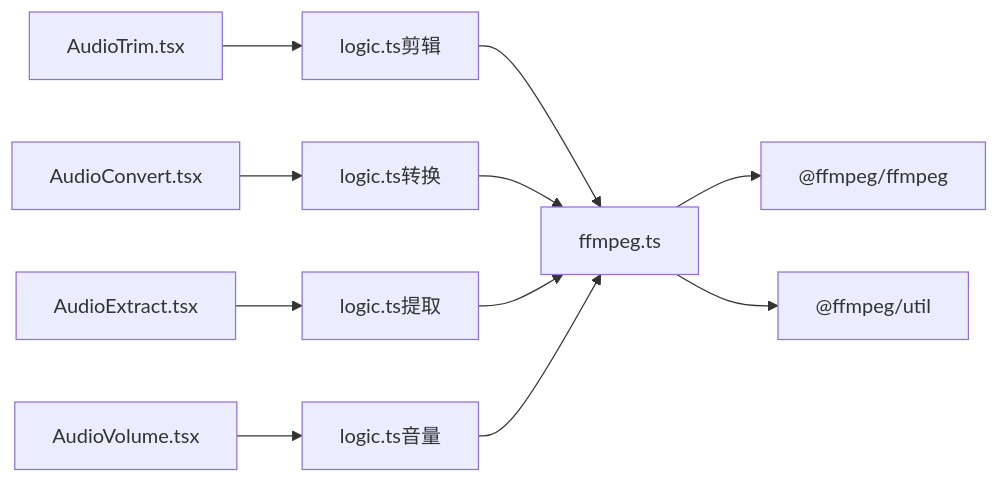
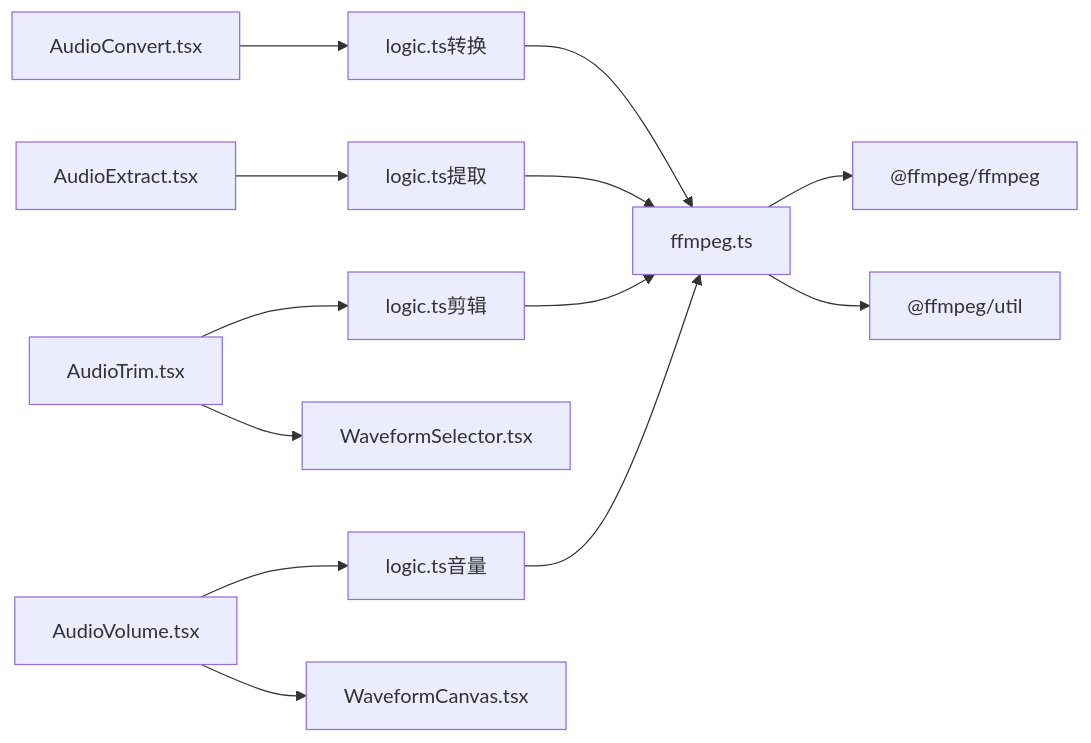
One commit to sgyy/privadeck changed the seventh of 7 diagrams in .qoder/repowiki/zh/content/音频工具/音频工具.md. Above: the diagram before and after it, drawn with Mermaid. The commit also changed other lines of this file and 4 other files, not shown here.

````diff
--- a/.qoder/repowiki/zh/content/音频工具/音频工具.md
+++ b/.qoder/repowiki/zh/content/音频工具/音频工具.md
@@ -265,13 +313,15 @@
 ```mermaid
 graph LR
 A["AudioTrim.tsx"] --> L1["logic.ts剪辑"]
 B["AudioConvert.tsx"] --> L2["logic.ts转换"]
 C["AudioExtract.tsx"] --> L3["logic.ts提取"]
 D["AudioVolume.tsx"] --> L4["logic.ts音量"]
+D --> WC["WaveformCanvas.tsx"]
+A --> WS["WaveformSelector.tsx"]
 L1 --> F["ffmpeg.ts"]
 L2 --> F
 L3 --> F
 L4 --> F
 F --> W["@ffmpeg/ffmpeg"]
 F --> U["@ffmpeg/util"]
 ```
````
